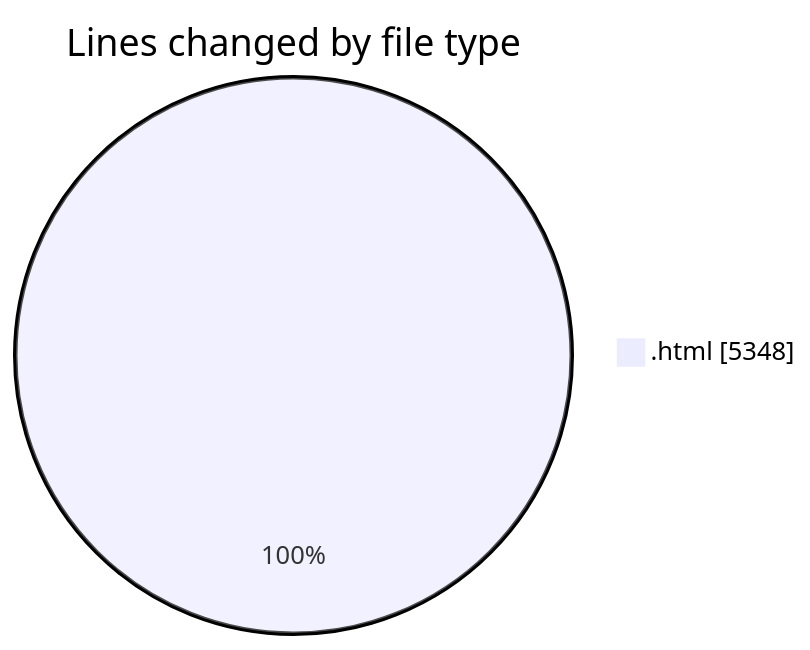
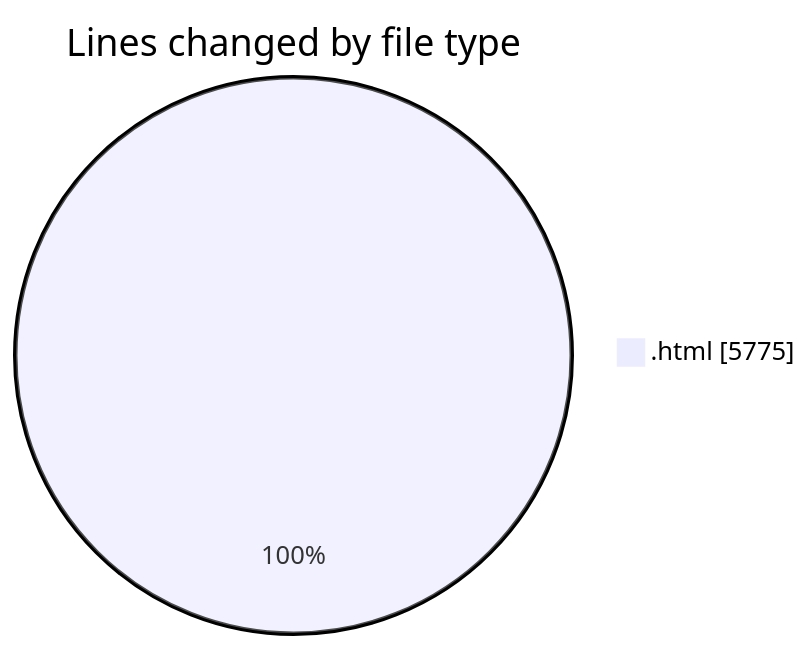
Before and after one commit to Ritupan-Deka/code-tracking: the first of 2 diagrams in 2025-06-17/projects/README.md, drawn with Mermaid. The commit also changed other lines of this file and 1 other file, not shown here.

````diff
--- a/2025-06-17/projects/README.md
+++ b/2025-06-17/projects/README.md
@@ -21,5 +21,5 @@
 ```mermaid
 pie showData
 title Lines changed by file type
-".html" : 5348
+".html" : 5775
 ```
````
